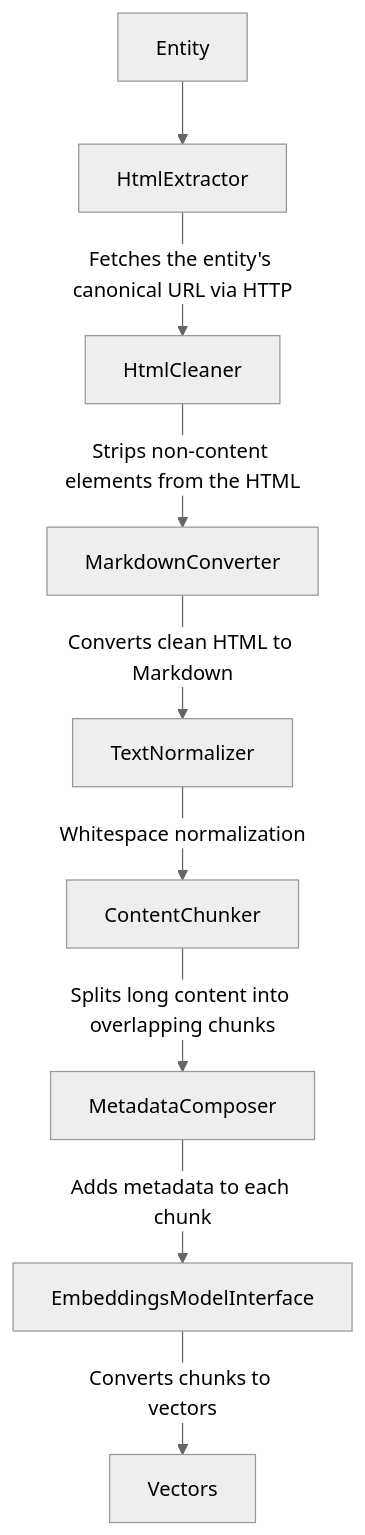
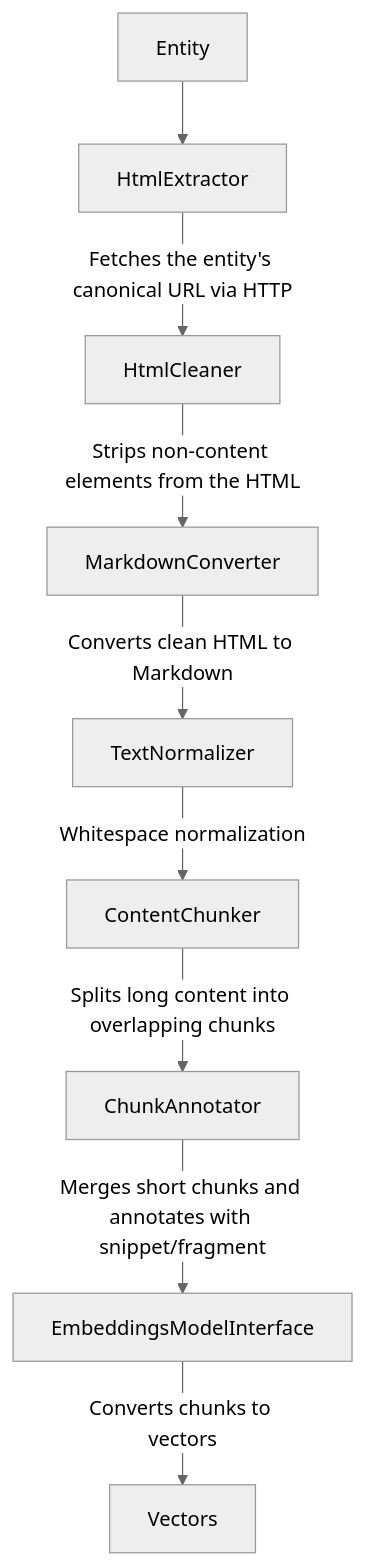
One commit to City-of-Helsinki/drupal-helfi-platform-config changed the diagram in modules/helfi_search/README.md. Above: the diagram before and after it, drawn with Mermaid (neutral theme). The commit also changed 20 other files, not shown here.

````diff
--- a/modules/helfi_search/README.md
+++ b/modules/helfi_search/README.md
@@ -9,11 +9,11 @@
 ```mermaid
 flowchart TD
     Entity --> HtmlExtractor
     HtmlExtractor -- "Fetches the entity's canonical URL via HTTP" --> HtmlCleaner
     HtmlCleaner -- "Strips non-content elements from the HTML" --> MarkdownConverter
     MarkdownConverter -- "Converts clean HTML to Markdown" --> TextNormalizer
     TextNormalizer -- "Whitespace normalization" --> ContentChunker
-    ContentChunker -- "Splits long content into overlapping chunks" --> MetadataComposer
-    MetadataComposer -- "Adds metadata to each chunk" --> EmbeddingsModelInterface
+    ContentChunker -- "Splits long content into overlapping chunks" --> ChunkAnnotator
+    ChunkAnnotator -- "Merges short chunks and annotates with snippet/fragment" --> EmbeddingsModelInterface
     EmbeddingsModelInterface -- "Converts chunks to vectors" --> Vectors
 ```
````
